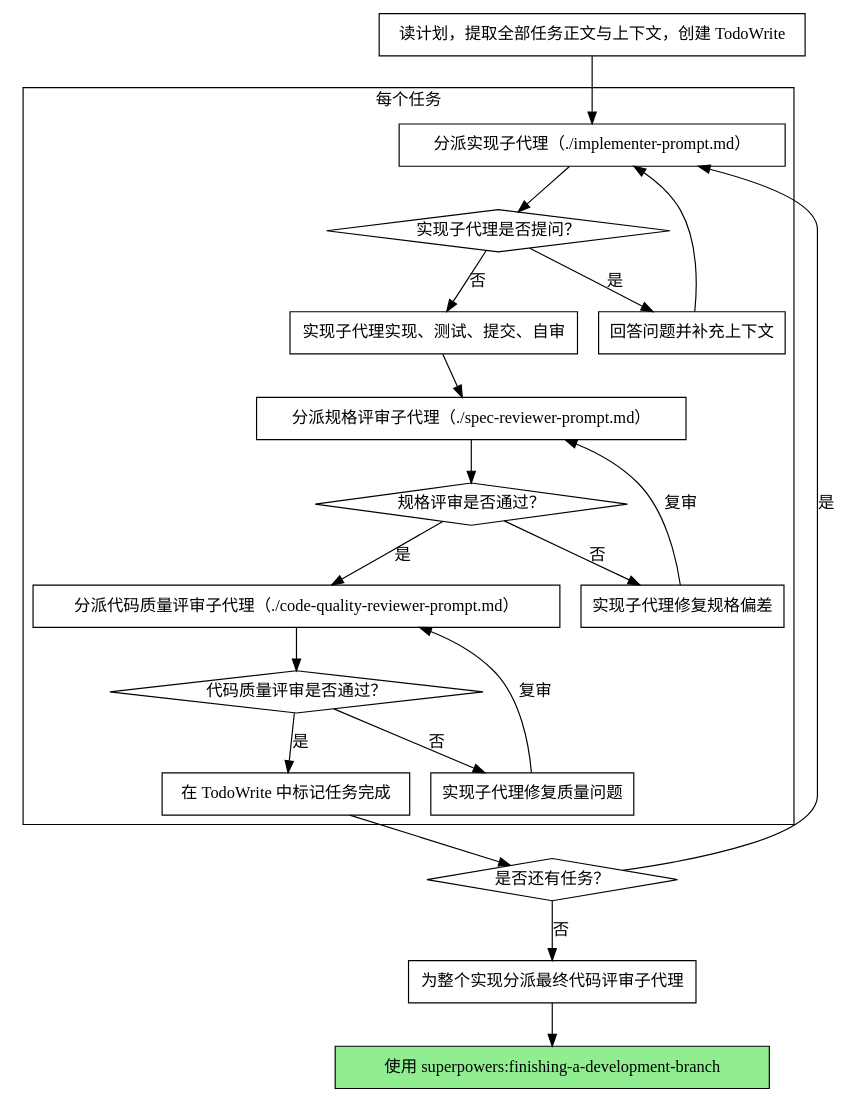
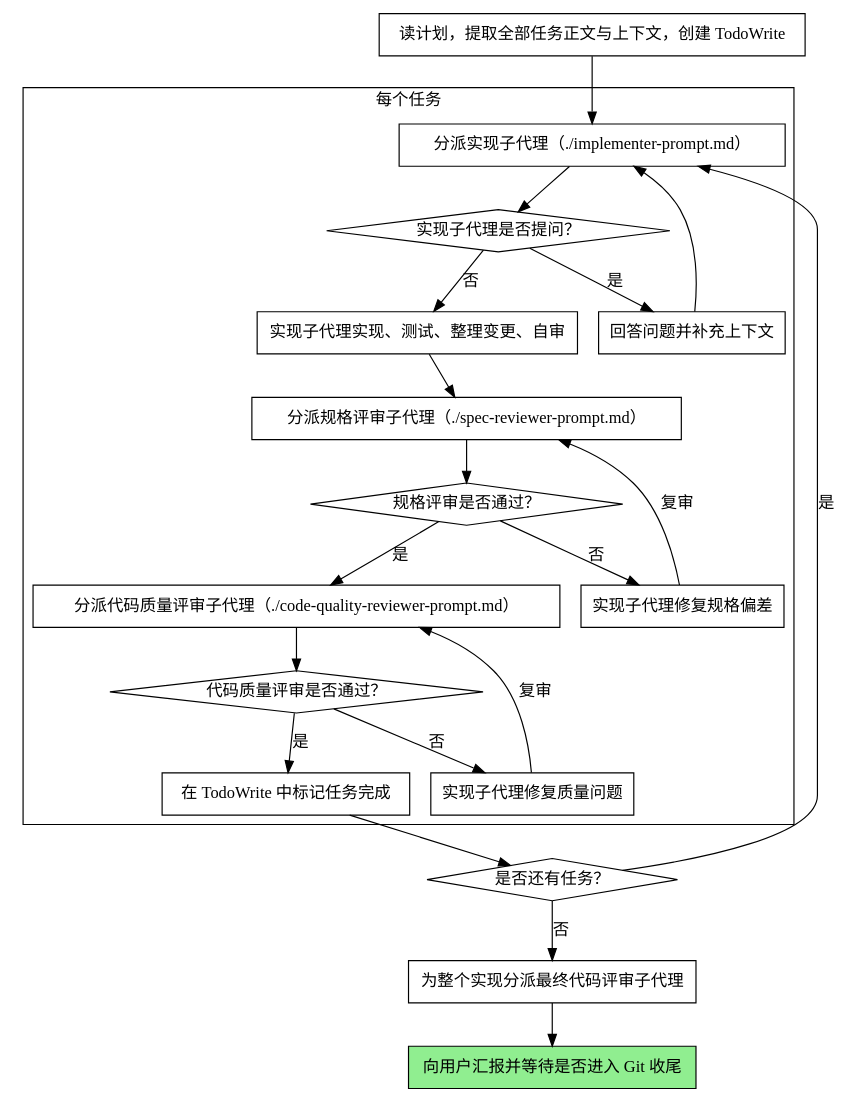
One commit to Solonggg/ai-hub changed the second of 2 diagrams in skills/superpowers/subagent-driven-development/SKILL.md. Above: the diagram before and after it, drawn with Graphviz. The commit also changed other lines of this file and 39 other files, not shown here.

````diff
--- a/skills/superpowers/subagent-driven-development/SKILL.md
+++ b/skills/superpowers/subagent-driven-development/SKILL.md
@@ -43,44 +45,44 @@
 ```dot
 digraph process {
     rankdir=TB;
 
     subgraph cluster_per_task {
         label="每个任务";
         "分派实现子代理（./implementer-prompt.md）" [shape=box];
         "实现子代理是否提问？" [shape=diamond];
         "回答问题并补充上下文" [shape=box];
-        "实现子代理实现、测试、提交、自审" [shape=box];
+        "实现子代理实现、测试、整理变更、自审" [shape=box];
         "分派规格评审子代理（./spec-reviewer-prompt.md）" [shape=box];
         "规格评审是否通过？" [shape=diamond];
         "实现子代理修复规格偏差" [shape=box];
         "分派代码质量评审子代理（./code-quality-reviewer-prompt.md）" [shape=box];
         "代码质量评审是否通过？" [shape=diamond];
         "实现子代理修复质量问题" [shape=box];
         "在 TodoWrite 中标记任务完成" [shape=box];
     }
 
     "读计划，提取全部任务正文与上下文，创建 TodoWrite" [shape=box];
     "是否还有任务？" [shape=diamond];
     "为整个实现分派最终代码评审子代理" [shape=box];
-    "使用 superpowers:finishing-a-development-branch" [shape=box style=filled fillcolor=lightgreen];
+    "向用户汇报并等待是否进入 Git 收尾" [shape=box style=filled fillcolor=lightgreen];
 
     "读计划，提取全部任务正文与上下文，创建 TodoWrite" -> "分派实现子代理（./implementer-prompt.md）";
     "分派实现子代理（./implementer-prompt.md）" -> "实现子代理是否提问？";
     "实现子代理是否提问？" -> "回答问题并补充上下文" [label="是"];
     "回答问题并补充上下文" -> "分派实现子代理（./implementer-prompt.md）";
-    "实现子代理是否提问？" -> "实现子代理实现、测试、提交、自审" [label="否"];
-    "实现子代理实现、测试、提交、自审" -> "分派规格评审子代理（./spec-reviewer-prompt.md）";
+    "实现子代理是否提问？" -> "实现子代理实现、测试、整理变更、自审" [label="否"];
+    "实现子代理实现、测试、整理变更、自审" -> "分派规格评审子代理（./spec-reviewer-prompt.md）";
     "分派规格评审子代理（./spec-reviewer-prompt.md）" -> "规格评审是否通过？";
     "规格评审是否通过？" -> "实现子代理修复规格偏差" [label="否"];
     "实现子代理修复规格偏差" -> "分派规格评审子代理（./spec-reviewer-prompt.md）" [label="复审"];
     "规格评审是否通过？" -> "分派代码质量评审子代理（./code-quality-reviewer-prompt.md）" [label="是"];
     "分派代码质量评审子代理（./code-quality-reviewer-prompt.md）" -> "代码质量评审是否通过？";
     "代码质量评审是否通过？" -> "实现子代理修复质量问题" [label="否"];
     "实现子代理修复质量问题" -> "分派代码质量评审子代理（./code-quality-reviewer-prompt.md）" [label="复审"];
     "代码质量评审是否通过？" -> "在 TodoWrite 中标记任务完成" [label="是"];
     "在 TodoWrite 中标记任务完成" -> "是否还有任务？";
     "是否还有任务？" -> "分派实现子代理（./implementer-prompt.md）" [label="是"];
     "是否还有任务？" -> "为整个实现分派最终代码评审子代理" [label="否"];
-    "为整个实现分派最终代码评审子代理" -> "使用 superpowers:finishing-a-development-branch";
+    "为整个实现分派最终代码评审子代理" -> "向用户汇报并等待是否进入 Git 收尾";
 }
 ```
````
